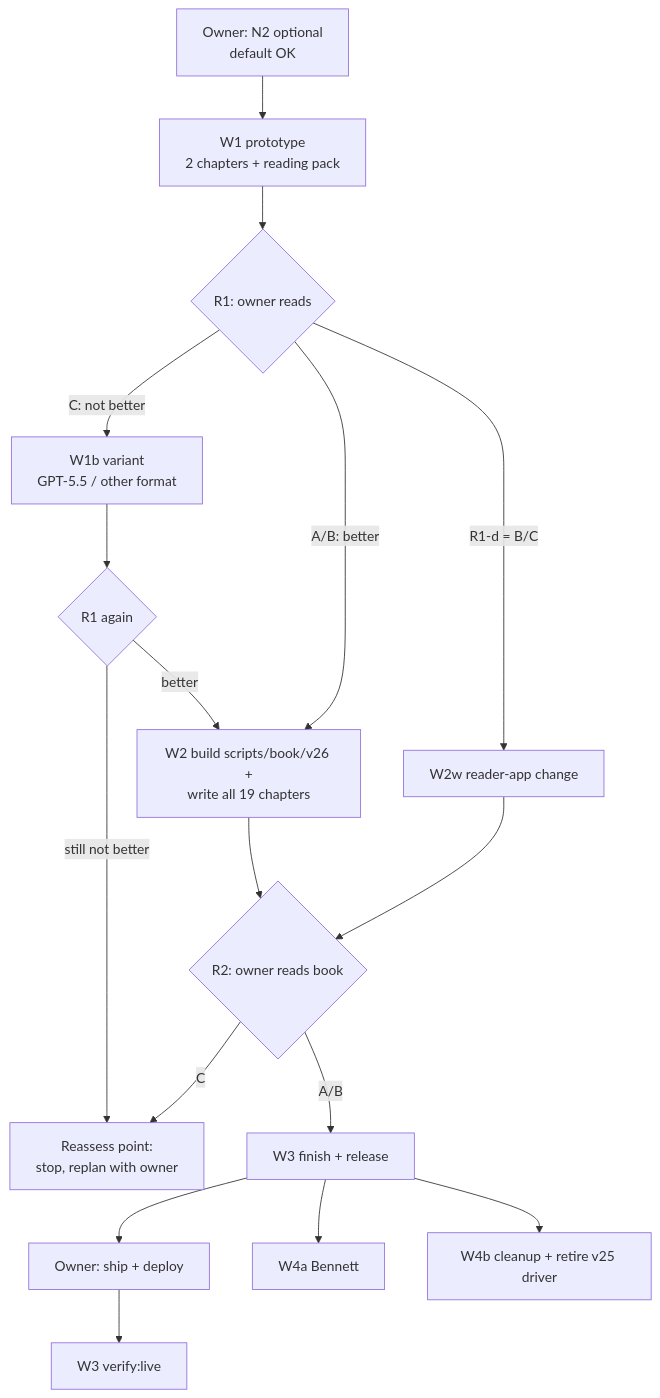
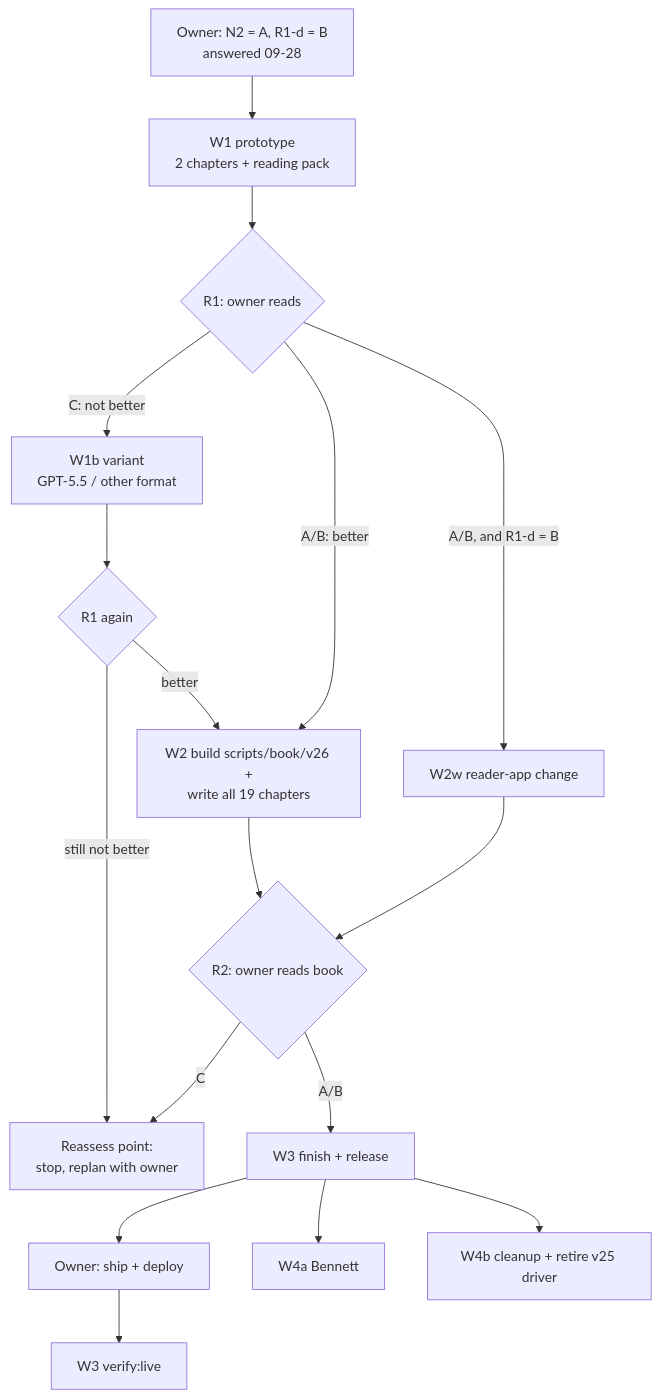
Before and after one commit to WillSoltani/ChapterFlow: the diagram in docs/v26-plan/README.md, drawn with Mermaid. The commit also changed other lines of this file and 5 other files, not shown here.

````diff
--- a/docs/v26-plan/README.md
+++ b/docs/v26-plan/README.md
@@ -52,18 +52,18 @@
 ```mermaid
 graph TD
-  N[Owner: N2 optional<br/>default OK] --> W1[W1 prototype<br/>2 chapters + reading pack]
+  N[Owner: N2 = A, R1-d = B<br/>answered 09-28] --> W1[W1 prototype<br/>2 chapters + reading pack]
   W1 --> R1{R1: owner reads}
   R1 -- C: not better --> W1b[W1b variant<br/>GPT-5.5 / other format] --> R1b{R1 again}
   R1b -- still not better --> STOP[Reassess point:<br/>stop, replan with owner]
   R1b -- better --> W2
   R1 -- A/B: better --> W2[W2 build scripts/book/v26 +<br/>write all 19 chapters]
-  R1 -- R1-d = B/C --> W2w[W2w reader-app change]
+  R1 -- A/B, and R1-d = B --> W2w[W2w reader-app change]
   W2 --> R2{R2: owner reads book}
   W2w --> R2
   R2 -- A/B --> W3[W3 finish + release]
   R2 -- C --> STOP
   W3 --> P[Owner: ship + deploy]
   P --> V[W3 verify:live]
   W3 --> W4a[W4a Bennett]
   W3 --> W4b[W4b cleanup + retire v25 driver]
 ```
````
